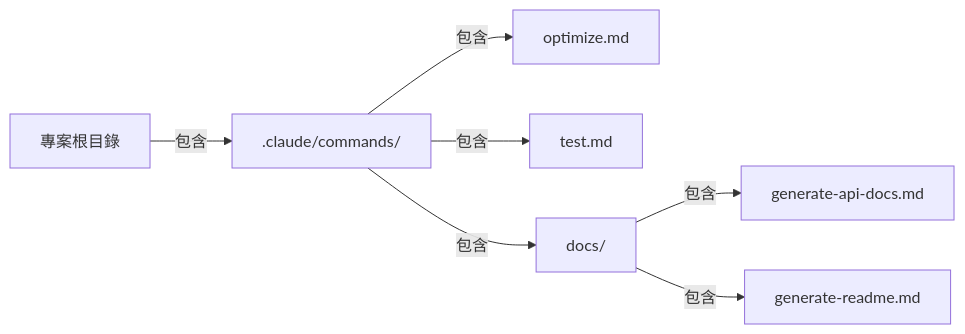
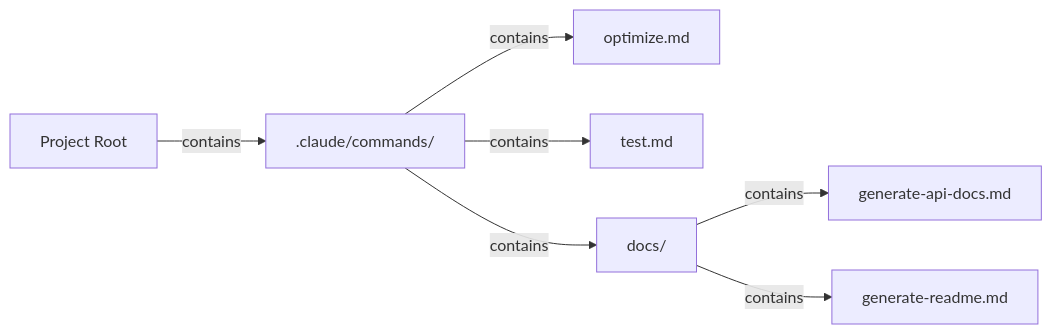
The second of 22 diagrams in claude_concepts_guide.md (huckly/claude-howto-zh-tw), drawn with Mermaid before and after one commit. The commit also changed other lines of this file and 6 other files, not shown here.

````diff
--- a/claude_concepts_guide.md
+++ b/claude_concepts_guide.md
@@ -46,9 +41,9 @@
 ```mermaid
 graph LR
-    A["專案根目錄"] -->|包含| B[".claude/commands/"]
-    B -->|包含| C["optimize.md"]
-    B -->|包含| D["test.md"]
-    B -->|包含| E["docs/"]
-    E -->|包含| F["generate-api-docs.md"]
-    E -->|包含| G["generate-readme.md"]
+    A["Project Root"] -->|contains| B[".claude/commands/"]
+    B -->|contains| C["optimize.md"]
+    B -->|contains| D["test.md"]
+    B -->|contains| E["docs/"]
+    E -->|contains| F["generate-api-docs.md"]
+    E -->|contains| G["generate-readme.md"]
 ```
````
